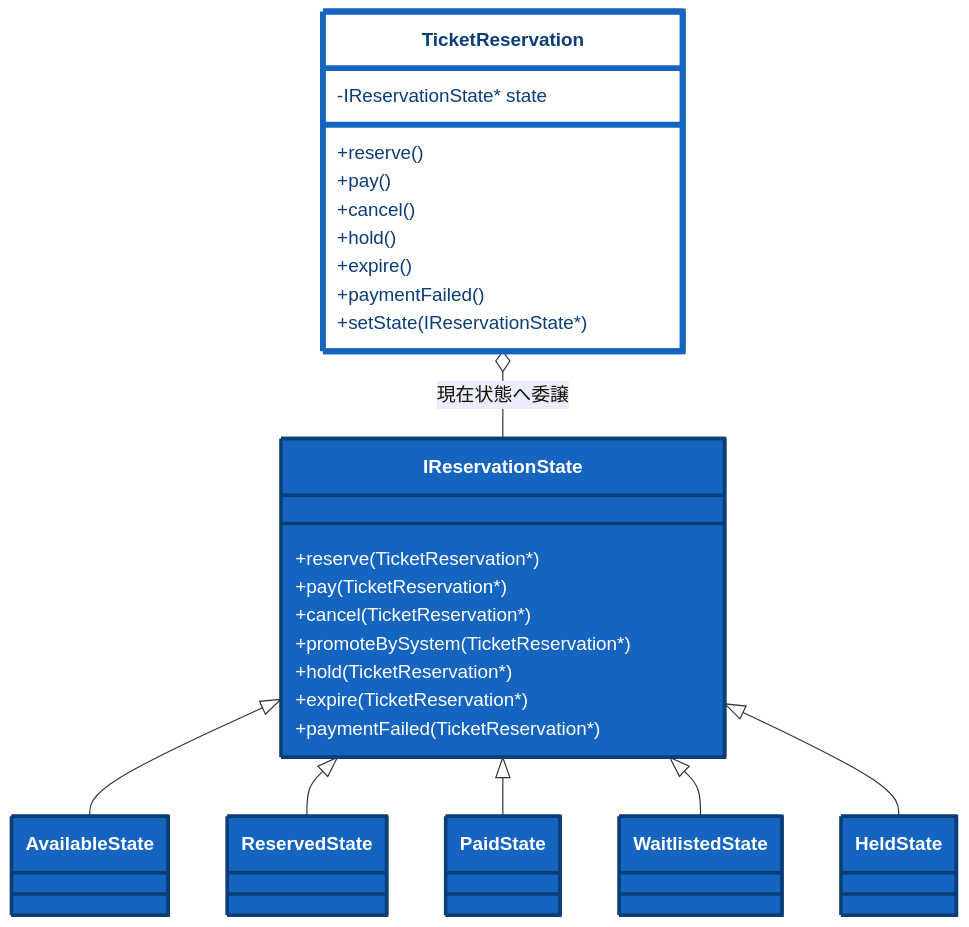
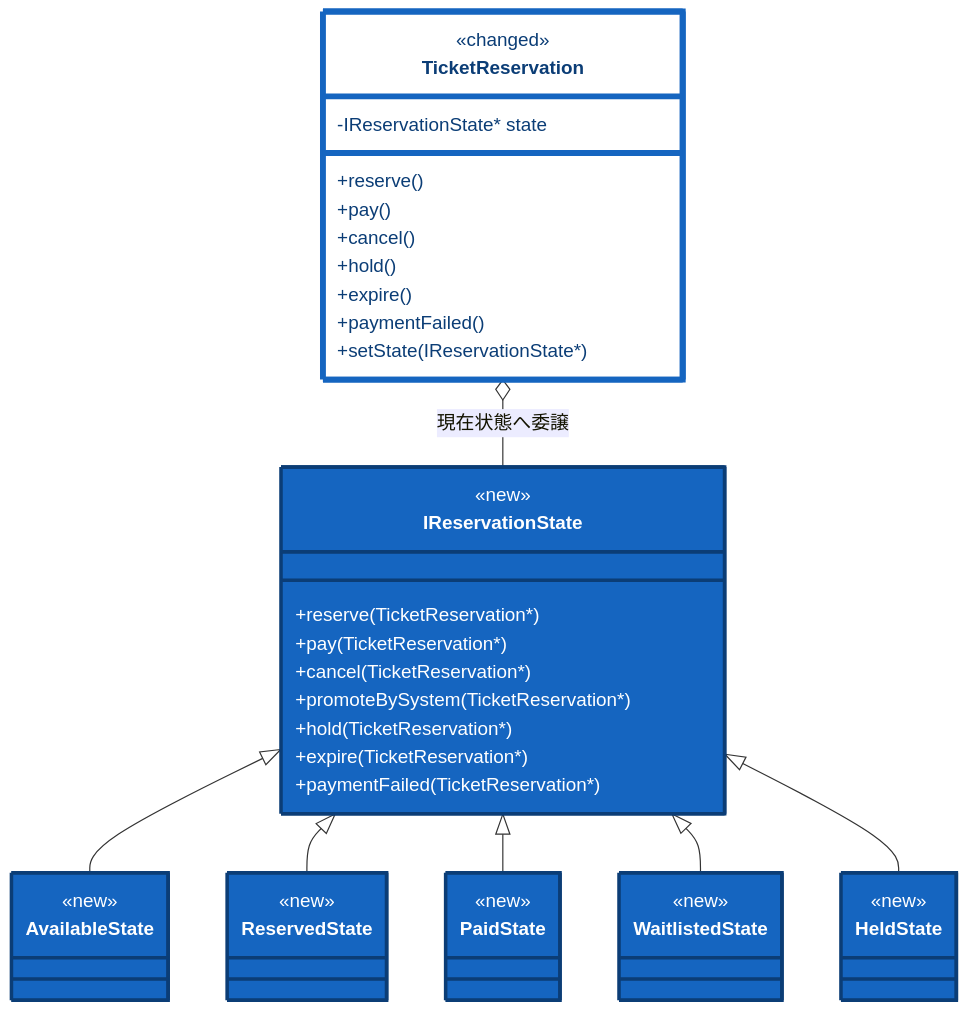
Before and after one commit to kumachan1101-pixel/DesignPattern: diagram 12 of 20 in kindle/design-patterns/books/volume01-core-patterns/output/04-chapter02.md, drawn with Mermaid. The commit also changed other lines of this file and 40 other files, not shown here.

````diff
--- a/kindle/design-patterns/books/volume01-core-patterns/output/04-chapter02.md
+++ b/kindle/design-patterns/books/volume01-core-patterns/output/04-chapter02.md
@@ -1964,37 +2018,49 @@
 ```mermaid
 classDiagram
     direction TB
     class TicketReservation:::touched {
+        <<changed>>
         -IReservationState* state
         +reserve()
         +pay()
         +cancel()
         +hold()
         +expire()
         +paymentFailed()
         +setState(IReservationState*)
     }
     class IReservationState:::added {
+        <<new>>
         +reserve(TicketReservation*)
         +pay(TicketReservation*)
         +cancel(TicketReservation*)
         +promoteBySystem(TicketReservation*)
         +hold(TicketReservation*)
         +expire(TicketReservation*)
         +paymentFailed(TicketReservation*)
     }
-    class AvailableState:::added
-    class ReservedState:::added
-    class PaidState:::added
-    class WaitlistedState:::added
-    class HeldState:::added
+    class AvailableState:::added {
+        <<new>>
+    }
+    class ReservedState:::added {
+        <<new>>
+    }
+    class PaidState:::added {
+        <<new>>
+    }
+    class WaitlistedState:::added {
+        <<new>>
+    }
+    class HeldState:::added {
+        <<new>>
+    }
     TicketReservation o-- IReservationState : 現在状態へ委譲
     IReservationState <|-- AvailableState
     IReservationState <|-- ReservedState
     IReservationState <|-- PaidState
     IReservationState <|-- WaitlistedState
     IReservationState <|-- HeldState
 
     classDef added fill:#1565c0,stroke:#0b3d76,stroke-width:3px,color:#ffffff;
     classDef touched fill:#ffffff,stroke:#1565c0,stroke-width:5px,color:#0b3d76;
 ```
````
